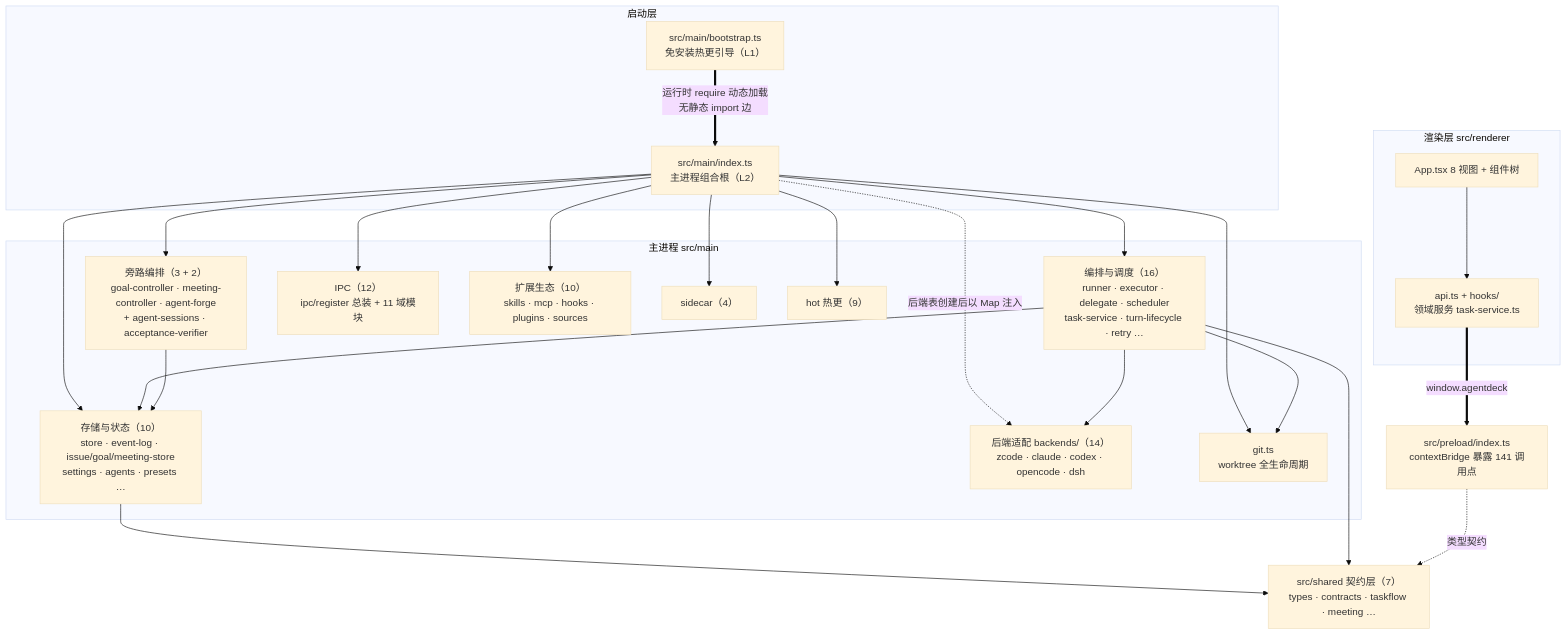
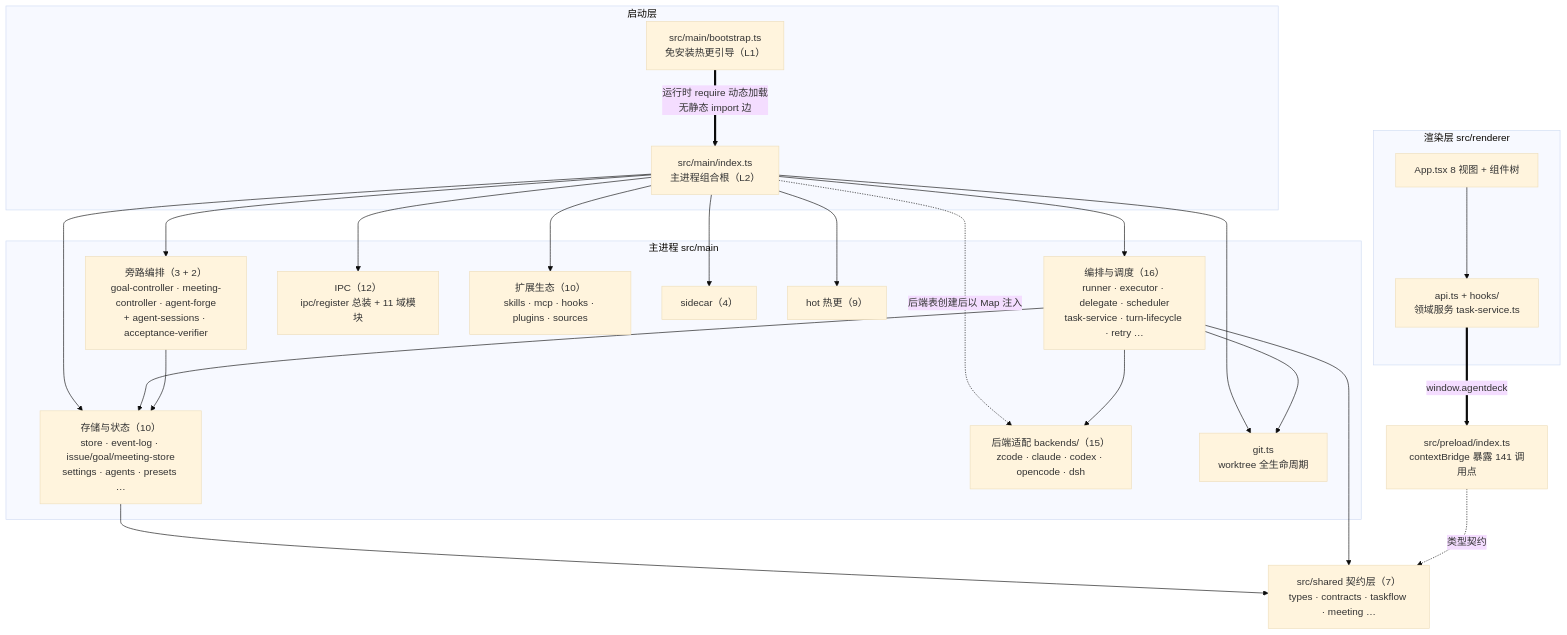
Before and after one commit to heis1696/AgentDeck: the first of 6 diagrams in docs/graph/ARCHITECTURE-GRAPH.md, drawn with Mermaid (base theme). The commit also changed 8 other files, not shown here.

````diff
--- a/docs/graph/ARCHITECTURE-GRAPH.md
+++ b/docs/graph/ARCHITECTURE-GRAPH.md
@@ -25,48 +25,48 @@
 ```mermaid
 flowchart TB
   subgraph L0["启动层"]
     BP["src/main/bootstrap.ts<br/>免安装热更引导（L1）"]
     IDX["src/main/index.ts<br/>主进程组合根（L2）"]
     BP ==>|"运行时 require 动态加载<br/>无静态 import 边"| IDX
   end
 
   subgraph MAIN["主进程 src/main"]
     ORCH["编排与调度（16）<br/>runner · executor · delegate · scheduler<br/>task-service · turn-lifecycle · retry …"]
     BYP["旁路编排（3 + 2）<br/>goal-controller · meeting-controller · agent-forge<br/>+ agent-sessions · acceptance-verifier"]
     ST["存储与状态（10）<br/>store · event-log · issue/goal/meeting-store<br/>settings · agents · presets …"]
     IPCG["IPC（12）<br/>ipc/register 总装 + 11 域模块"]
-    BE["后端适配 backends/（14）<br/>zcode · claude · codex · opencode · dsh"]
+    BE["后端适配 backends/（15）<br/>zcode · claude · codex · opencode · dsh"]
     GIT["git.ts<br/>worktree 全生命周期"]
     ECO["扩展生态（10）<br/>skills · mcp · hooks · plugins · sources"]
     SC["sidecar（4）"]
     HOT["hot 热更（9）"]
   end
 
   PRE["src/preload/index.ts<br/>contextBridge 暴露 141 调用点"]
 
   subgraph R3["渲染层 src/renderer"]
     APIR["api.ts + hooks/<br/>领域服务 task-service.ts"]
     VIEWS["App.tsx 8 视图 + 组件树"]
   end
 
   SH["src/shared 契约层（7）<br/>types · contracts · taskflow · meeting …"]
 
   IDX --> ORCH
   IDX --> BYP
   IDX --> ST
   IDX --> IPCG
   IDX --> GIT
   IDX --> SC
   IDX --> HOT
   IDX --> ECO
   IDX -.->|"后端表创建后以 Map 注入"| BE
   ORCH --> BE
   ORCH --> ST
   ORCH --> GIT
   BYP --> ST
   ST --> SH
   ORCH --> SH
   VIEWS --> APIR
   APIR ==>|"window.agentdeck"| PRE
   PRE -.->|"类型契约"| SH
 ```
````
